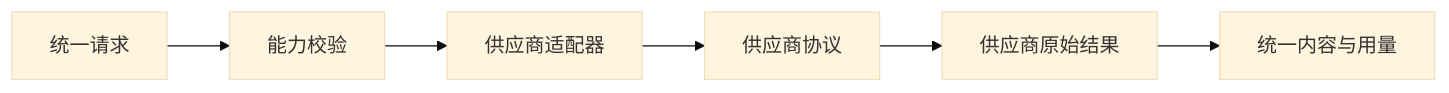
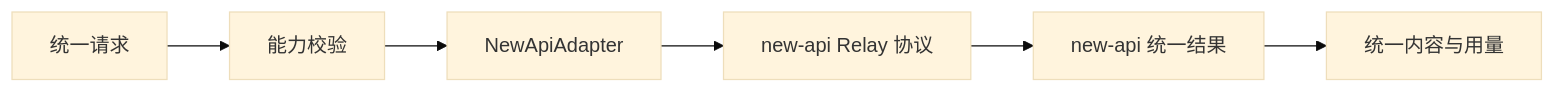
Before and after one commit to Dorian7Alden/LeetModel: the diagram in docs/project/03-微服务设计/ai-gateway-service/03-供应商与模型.md, drawn with Mermaid (base theme). The commit also changed other lines of this file and 31 other files, not shown here.

````diff
--- a/docs/project/03-微服务设计/ai-gateway-service/03-供应商与模型.md
+++ b/docs/project/03-微服务设计/ai-gateway-service/03-供应商与模型.md
@@ -64,8 +64,8 @@
 ```mermaid
 flowchart LR
     A[统一请求] --> B[能力校验]
-    B --> C[供应商适配器]
-    C --> D[供应商协议]
-    D --> E[供应商原始结果]
+    B --> C[NewApiAdapter]
+    C --> D[new-api Relay 协议]
+    D --> E[new-api 统一结果]
     E --> F[统一内容与用量]
 ```
````
